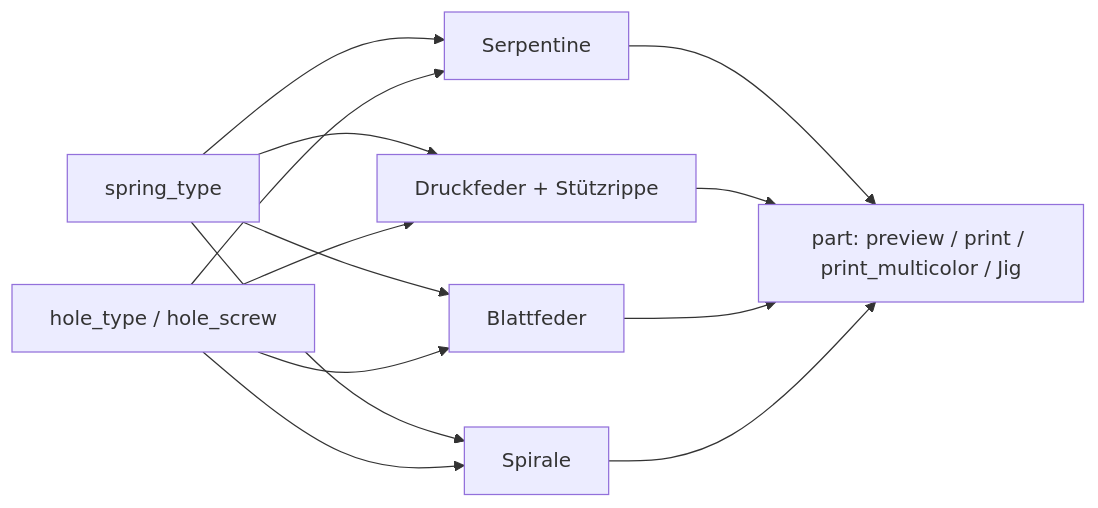
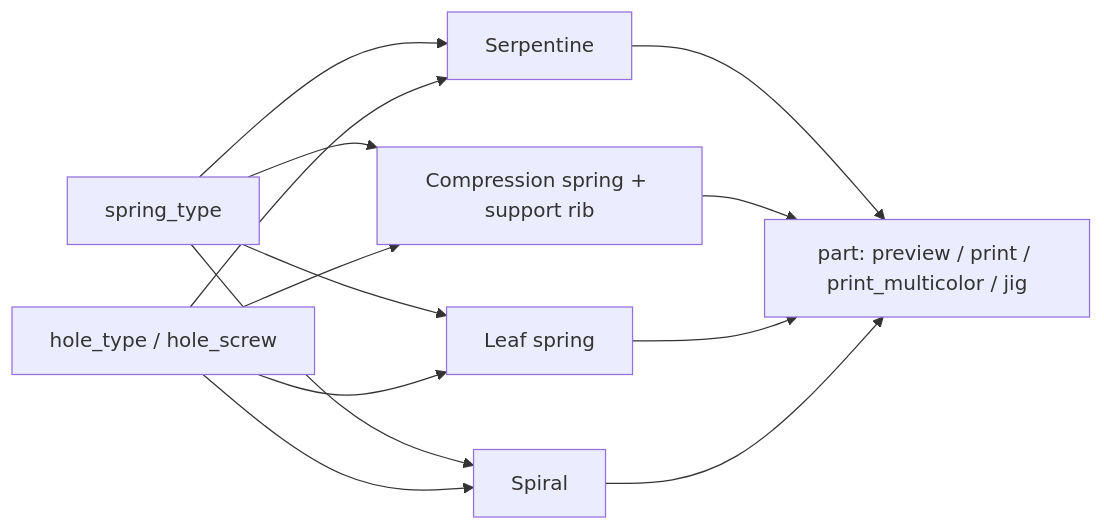
Before and after one commit to BetaHydri/parametric-cad-models: the diagram in models/parametric-spring-generator/README.md, drawn with Mermaid. The commit also changed other lines of this file and 57 other files, not shown here.

````diff
--- a/models/parametric-spring-generator/README.md
+++ b/models/parametric-spring-generator/README.md
@@ -264,15 +266,15 @@
 ```mermaid
 flowchart LR
     T[spring_type] --> S[Serpentine]
-    T --> C[Druckfeder + Stützrippe]
-    T --> L[Blattfeder]
-    T --> P[Spirale]
+    T --> C[Compression spring + support rib]
+    T --> L[Leaf spring]
+    T --> P[Spiral]
     H[hole_type / hole_screw] --> C
     H --> L
     H --> P
     H --> S
-    S --> O[part: preview / print / print_multicolor / Jig]
+    S --> O[part: preview / print / print_multicolor / jig]
     C --> O
     L --> O
     P --> O
 ```
````
